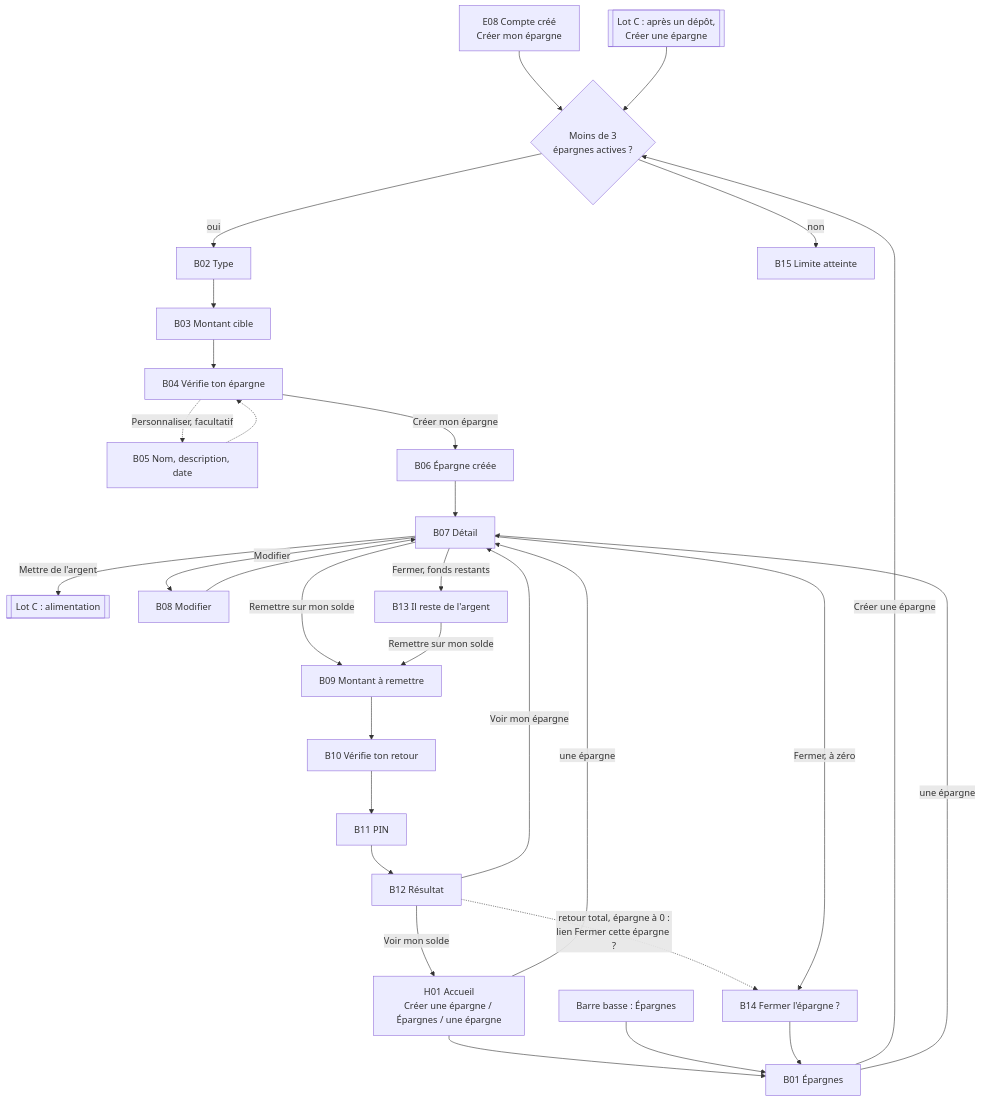
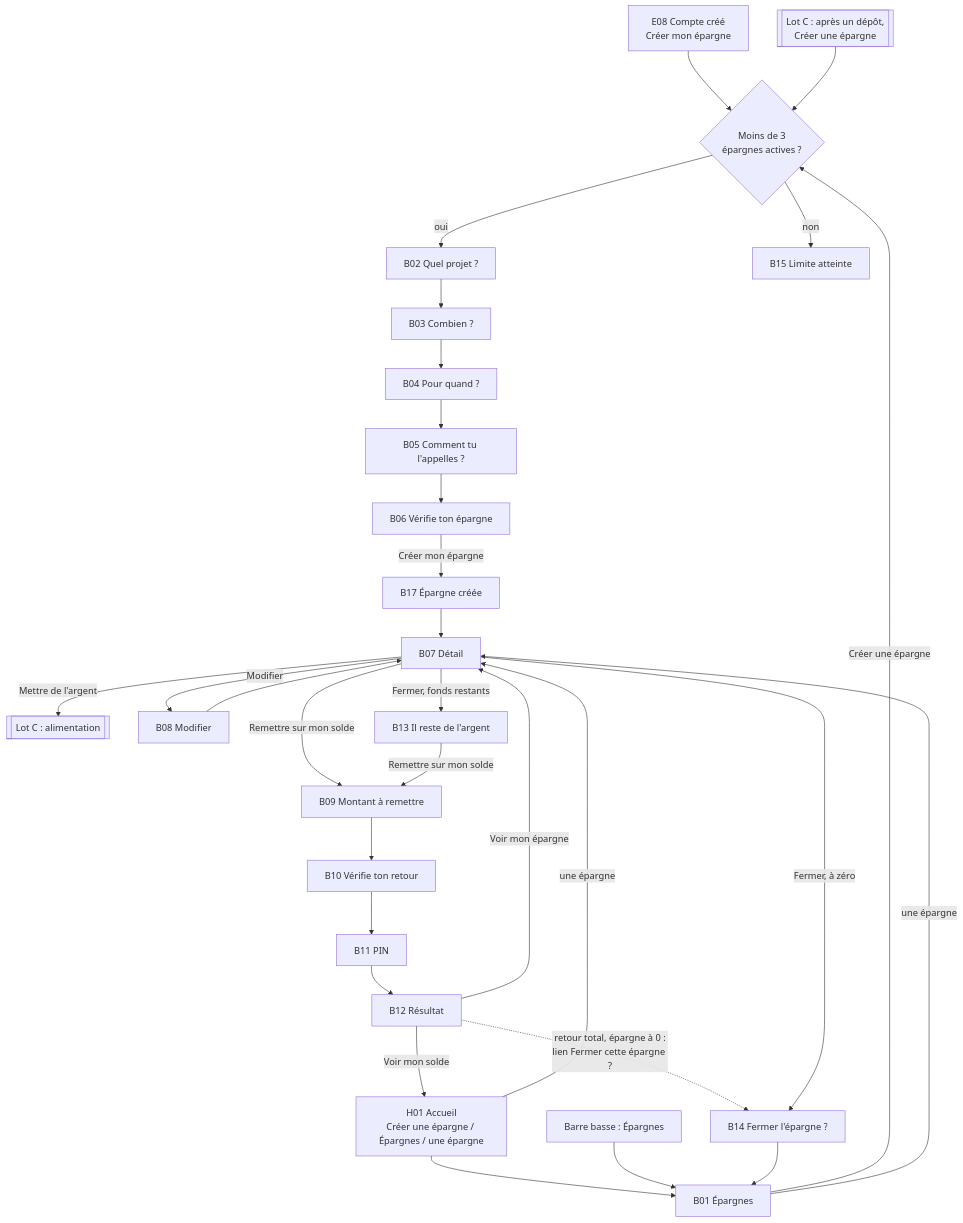
The first of 9 diagrams in docs/design/refonte-parcours/ux-spec-lot-b.md (kotiz-ci/platform), drawn with Mermaid before and after one commit. The commit also changed other lines of this file and 7 other files, not shown here.

````diff
--- a/docs/design/refonte-parcours/ux-spec-lot-b.md
+++ b/docs/design/refonte-parcours/ux-spec-lot-b.md
@@ -24,22 +24,21 @@
 ```mermaid
 flowchart TD
   E08[E08 Compte créé<br/>Créer mon épargne] --> LIM{Moins de 3<br/>épargnes actives ?}
   H01[H01 Accueil<br/>Créer une épargne / Épargnes / une épargne] --> B01
   NAV[Barre basse : Épargnes] --> B01[B01 Épargnes]
   B01 -->|Créer une épargne| LIM
   LC[[Lot C : après un dépôt,<br/>Créer une épargne]] --> LIM
-  LIM -->|oui| B02[B02 Type] --> B03[B03 Montant cible] --> B04[B04 Vérifie ton épargne]
+  LIM -->|oui| B02[B02 Quel projet ?] --> B03[B03 Combien ?] --> B04[B04 Pour quand ?] --> B05[B05 Comment tu l'appelles ?] --> B06[B06 Vérifie ton épargne]
   LIM -->|non| B15[B15 Limite atteinte]
-  B04 -.->|Personnaliser, facultatif| B05[B05 Nom, description, date] -.-> B04
-  B04 -->|Créer mon épargne| B06[B06 Épargne créée] --> B07
+  B06 -->|Créer mon épargne| B17[B17 Épargne créée] --> B07
   B01 -->|une épargne| B07[B07 Détail]
   H01 -->|une épargne| B07
   B07 -->|Mettre de l'argent| LCA[[Lot C : alimentation]]
   B07 -->|Modifier| B08[B08 Modifier] --> B07
   B07 -->|Remettre sur mon solde| B09[B09 Montant à remettre] --> B10[B10 Vérifie ton retour] --> B11[B11 PIN] --> B12[B12 Résultat]
   B12 -->|Voir mon épargne| B07
   B12 -->|Voir mon solde| H01
   B12 -.->|retour total, épargne à 0 :<br/>lien Fermer cette épargne ?| B14
   B07 -->|Fermer, fonds restants| B13[B13 Il reste de l'argent] -->|Remettre sur mon solde| B09
   B07 -->|Fermer, à zéro| B14[B14 Fermer l'épargne ?] --> B01
 ```
````
